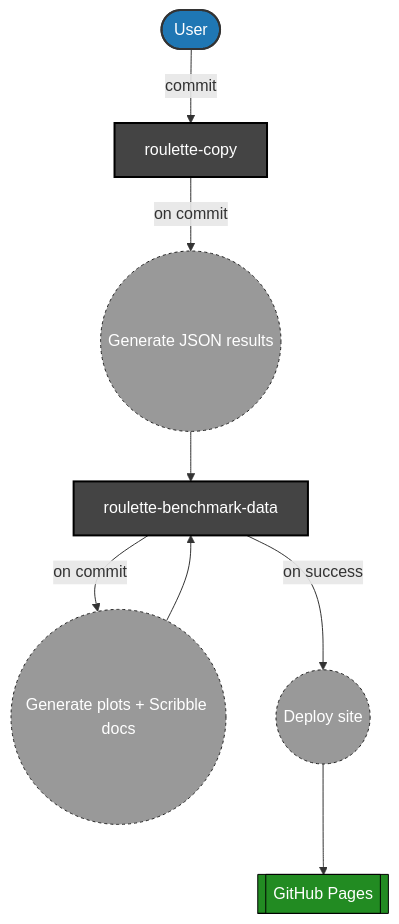
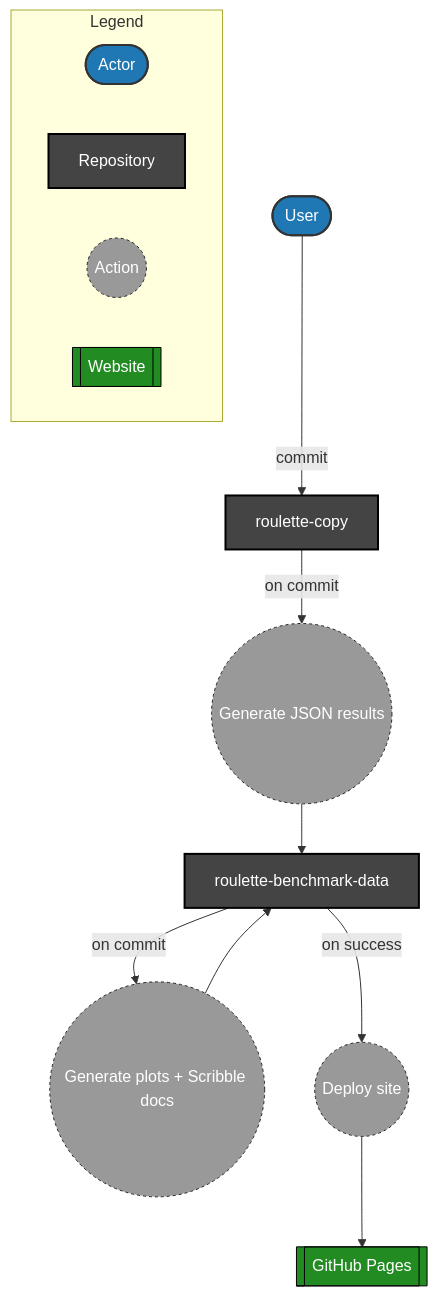
The diagram in README.md (roulette-ppl/roulette-benchmark-data), drawn with Mermaid before and after one commit.

````diff
--- a/README.md
+++ b/README.md
@@ -7,25 +7,33 @@
 ```mermaid
 graph TD
   %% Nodes
   U([User]):::actor
   RC[roulette-copy]:::repo
   RBD[roulette-benchmark-data]:::repo
   GP[[GitHub Pages]]:::web
 
   A1((Generate JSON results)):::action
   A2((Generate plots + Scribble docs)):::action
   A3((Deploy site)):::action
 
   %% Flows
   U -- commit --> RC
   RC -- on commit --> A1 --> RBD
   RBD -- on commit --> A2 --> RBD
   RBD -- on success --> A3 --> GP
 
+  %% Legend
+  subgraph Legend
+    L1([Actor]):::actor
+    L2[Repository]:::repo
+    L3((Action)):::action
+    L4[[Website]]:::web
+  end
+
   %% Styles
   classDef actor fill:#1f77b4,color:#fff,stroke:#333,stroke-width:2px
   classDef repo fill:#444,color:#fff,stroke:#000,stroke-width:2px
   classDef action fill:#999,color:#fff,stroke:#222,stroke-dasharray: 3 3
   classDef web fill:#228B22,color:#fff,stroke:#000
 
 ```
````
